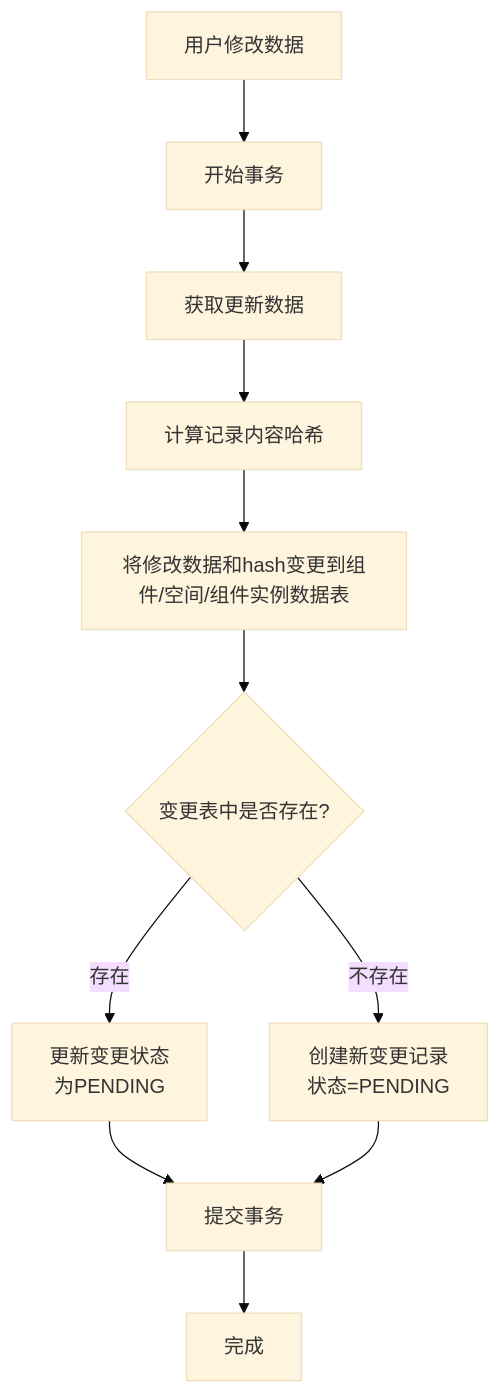
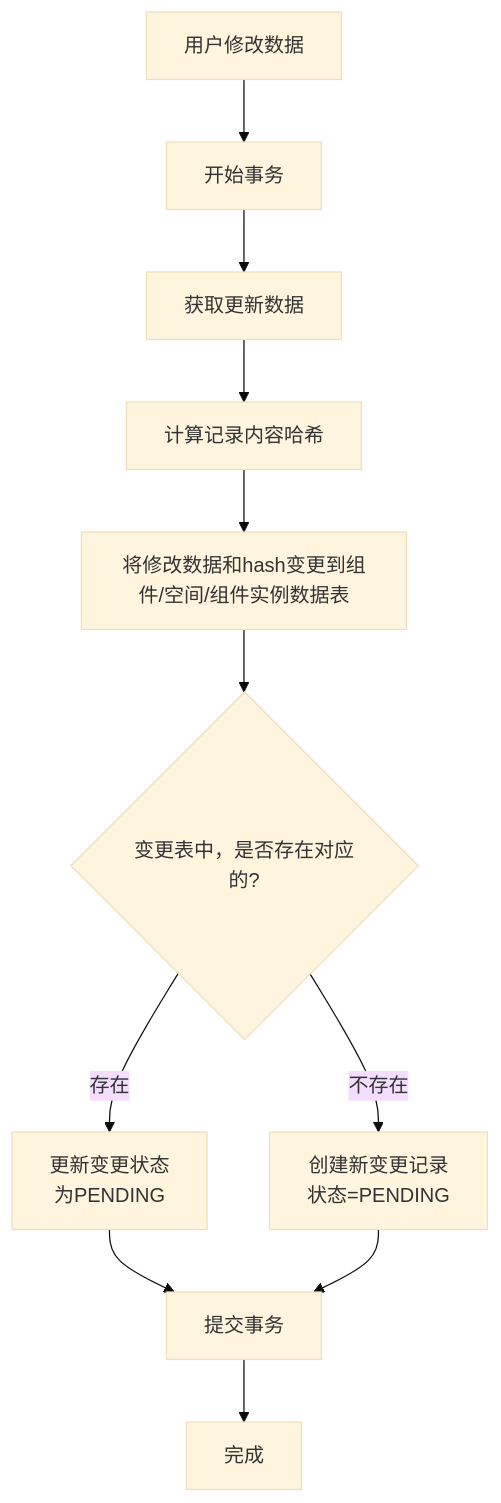
Before and after one commit to yingjianzh/iodraw-files: the diagram in all/未命名-42.md, drawn with Mermaid (base theme).

Commit message:
2025-04-24 15:28:30 update

````diff
--- a/all/未命名-42.md
+++ b/all/未命名-42.md
@@ -1,16 +1,16 @@
 ```mermaid
 flowchart TD
     Start[用户修改数据] --> StartTransaction[开始事务]
     StartTransaction --> UpdateRecord[获取更新数据]
     UpdateRecord --> ComputeHash[计算记录内容哈希]
     ComputeHash --> SaveHash[将修改数据和hash变更到组件/空间/组件实例数据表]
    
     
-    SaveHash --> CheckChangeExists{变更表中是否存在?}
+    SaveHash --> CheckChangeExists{变更表中，是否存在对应的?}
     CheckChangeExists -- 存在 --> UpdateChange[更新变更状态\n为PENDING]
     CheckChangeExists -- 不存在 --> CreateChange[创建新变更记录\n状态=PENDING]
     
     UpdateChange --> CommitTransaction[提交事务]
     CreateChange --> CommitTransaction
     CommitTransaction --> End[完成]
 ```
````
